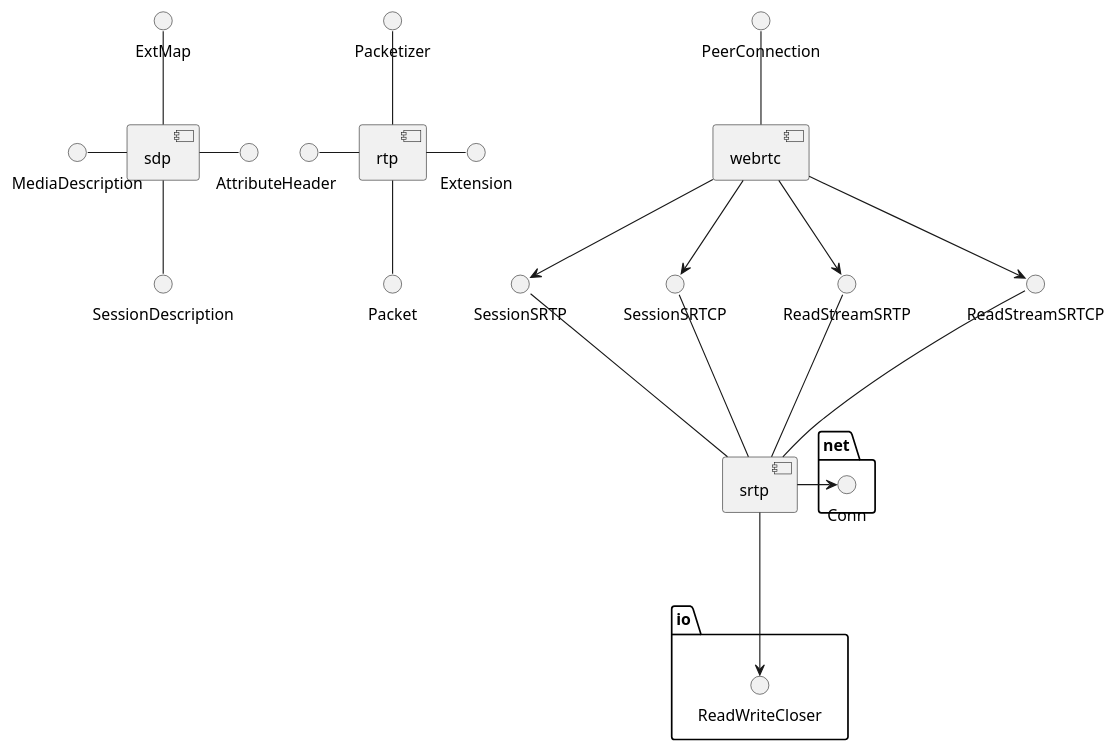
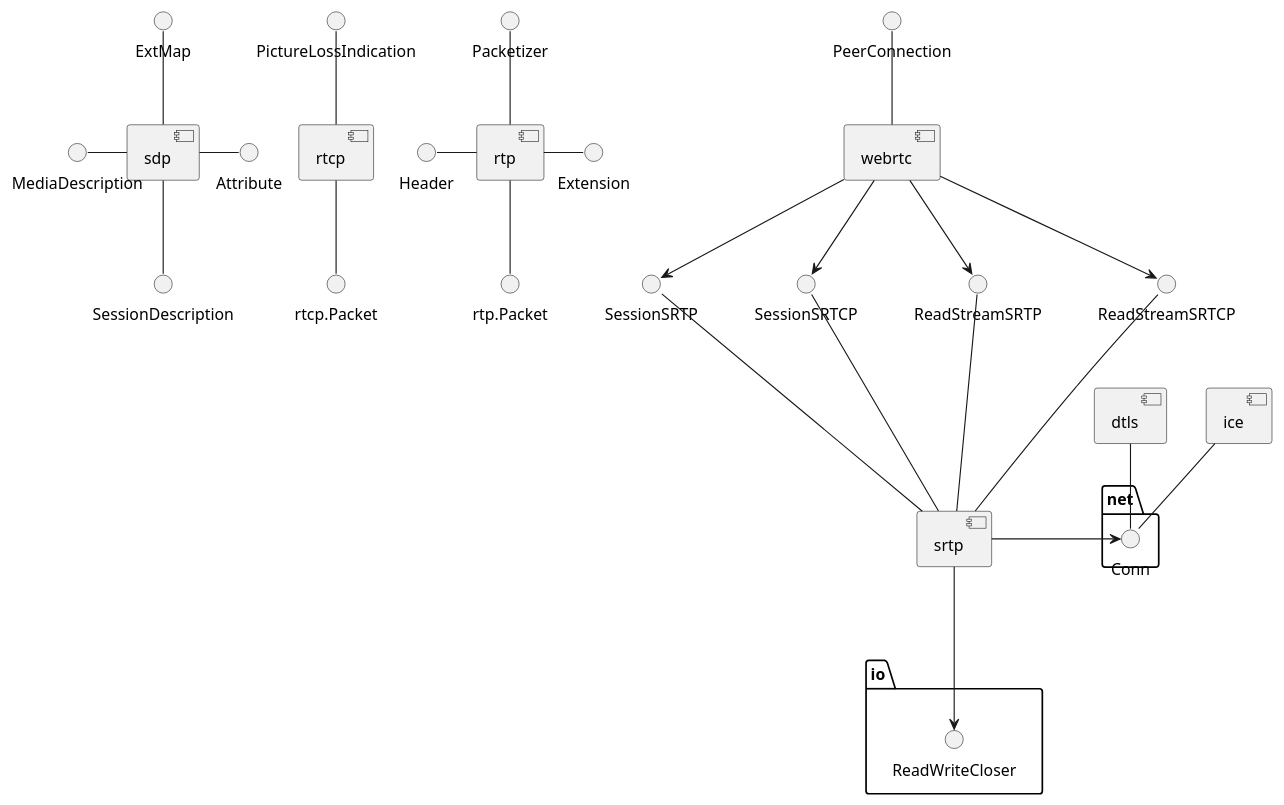
One commit to mingxin505/webrtcNote changed the diagram in pion/webrtcP.md. Above: the diagram before and after it, drawn with PlantUML. The commit also changed 2 other files, not shown here.

````diff
--- a/pion/webrtcP.md
+++ b/pion/webrtcP.md
@@ -4,33 +4,38 @@
 ```plantuml
 @startuml
 package net {
     () Conn
 }
 package io {
     () ReadWriteCloser
 }
 [webrtc]  --> ReadStreamSRTCP
 [webrtc]  --> ReadStreamSRTP
 [webrtc]  --> SessionSRTCP
 [webrtc]  --> SessionSRTP
 [webrtc] -up- PeerConnection
 
 [srtp] -right--> Conn
 [srtp] ---> ReadWriteCloser
 [srtp] -up-- ReadStreamSRTCP
 [srtp] -up- ReadStreamSRTP
 [srtp] -up-- SessionSRTCP
 [srtp] -up- SessionSRTP
 
 [rtp] -up- Packetizer
-[rtp] -down- Packet
+[rtp] -down- rtp.Packet
 [rtp] -left- Header
 [rtp] -right- Extension
+[rtcp] -- rtcp.Packet
+[rtcp] -up- PictureLossIndication
 
 [sdp] -up- ExtMap
 [sdp] -down-  SessionDescription
 [sdp] -left-  MediaDescription
 [sdp] -right-  Attribute
 
+[dtls] -- Conn
+[ice] -- Conn
+
 @enduml
 ```
````
